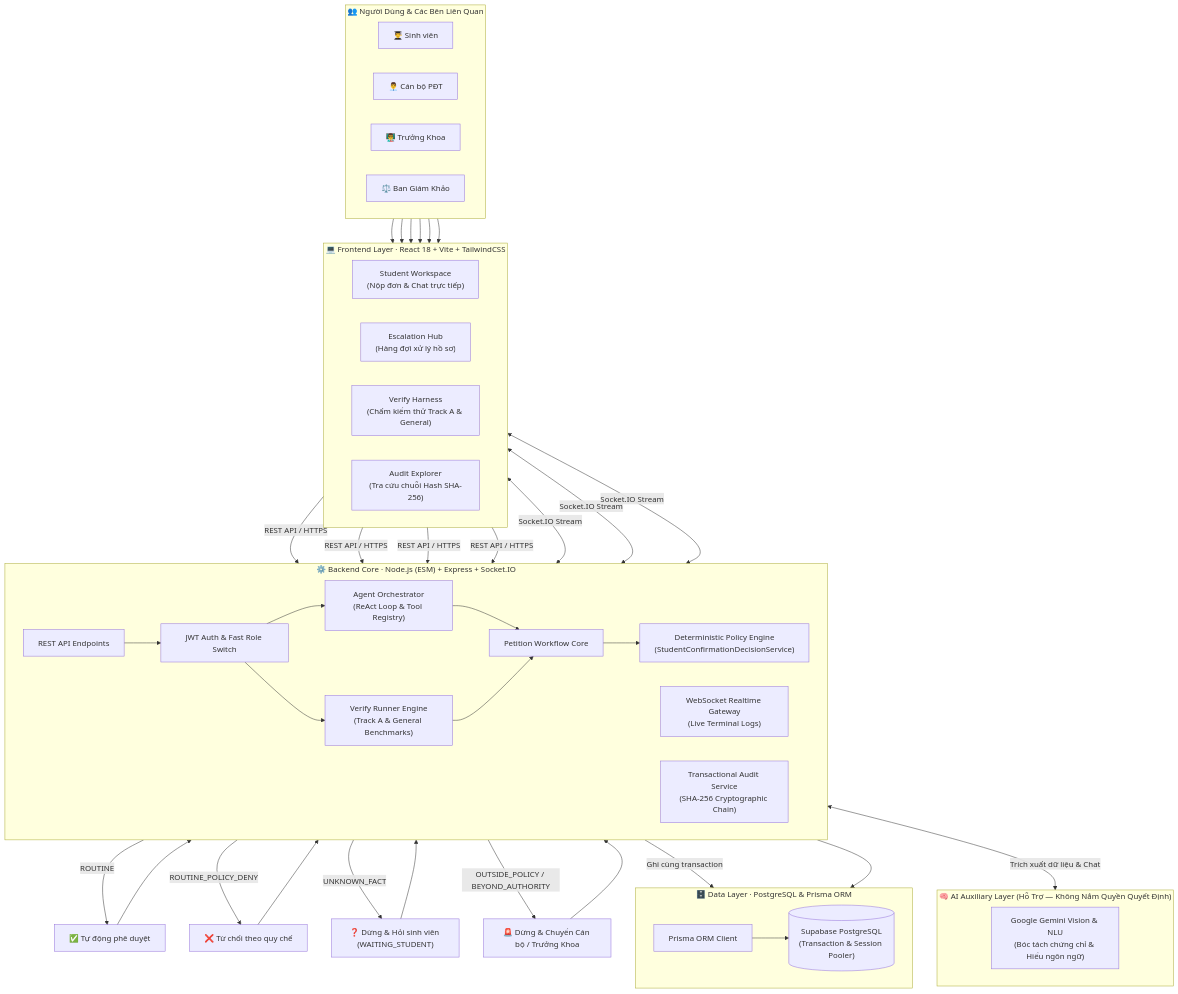
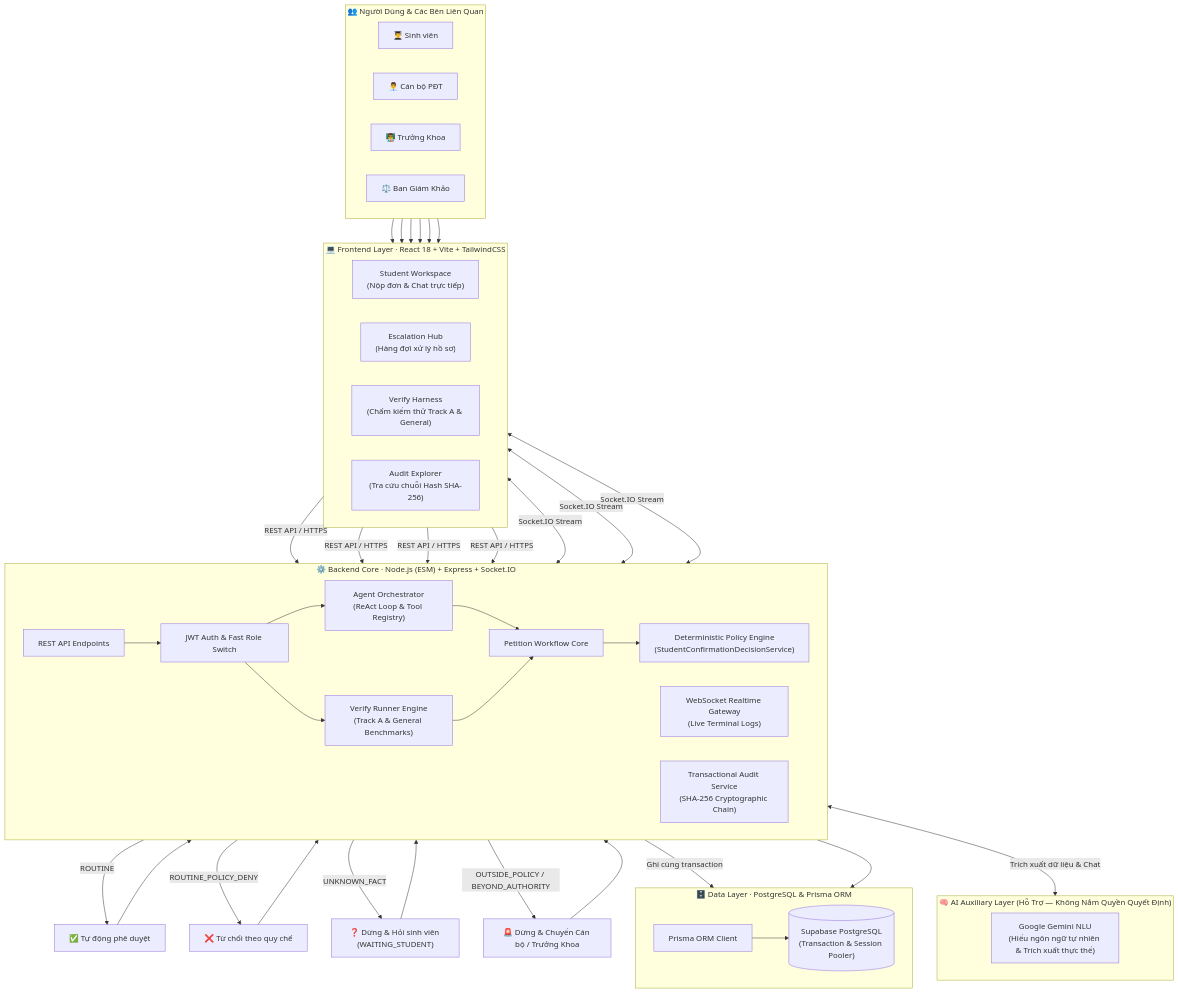
One commit to HuuNhan-147/EduRef_AI_Agent changed the second of 3 diagrams in README.md. Above: the diagram before and after it, drawn with Mermaid. The commit also changed other lines of this file and 43 other files, not shown here.

````diff
--- a/README.md
+++ b/README.md
@@ -99,79 +100,79 @@
 ```mermaid
 flowchart TB
     subgraph ACTORS["👥 Người Dùng & Các Bên Liên Quan"]
         direction LR
         STUDENT["👨‍🎓 Sinh viên"]
         STAFF["👨‍💼 Cán bộ PĐT"]
         DEAN["👨‍🏫 Trưởng Khoa"]
         JUDGE["⚖️ Ban Giám Khảo"]
     end
 
     subgraph FRONTEND["💻 Frontend Layer · React 18 + Vite + TailwindCSS"]
         direction LR
         PORTAL["Student Workspace<br/>(Nộp đơn & Chat trực tiếp)"]
         HUB["Escalation Hub<br/>(Hàng đợi xử lý hồ sơ)"]
         VERIFY_UI["Verify Harness<br/>(Chấm kiểm thử Track A & General)"]
         AUDIT_UI["Audit Explorer<br/>(Tra cứu chuỗi Hash SHA-256)"]
     end
 
     subgraph BACKEND["⚙️ Backend Core · Node.js (ESM) + Express + Socket.IO"]
         direction LR
         AUTH["JWT Auth & Fast Role Switch"]
         API["REST API Endpoints"]
         REALTIME["WebSocket Realtime Gateway<br/>(Live Terminal Logs)"]
         AGENT["Agent Orchestrator<br/>(ReAct Loop & Tool Registry)"]
         VERIFY["Verify Runner Engine<br/>(Track A & General Benchmarks)"]
         WORKFLOW["Petition Workflow Core"]
         POLICY["Deterministic Policy Engine<br/>(StudentConfirmationDecisionService)"]
         AUDIT["Transactional Audit Service<br/>(SHA-256 Cryptographic Chain)"]
     end
 
     subgraph AI["🧠 AI Auxiliary Layer (Hỗ Trợ — Không Nắm Quyền Quyết Định)"]
         direction LR
-        GEMINI["Google Gemini Vision & NLU<br/>(Bóc tách chứng chỉ & Hiểu ngôn ngữ)"]
+        GEMINI["Google Gemini NLU<br/>(Hiểu ngôn ngữ tự nhiên & Trích xuất thực thể)"]
     end
 
     subgraph DATA["🗄️ Data Layer · PostgreSQL & Prisma ORM"]
         direction LR
         PRISMA["Prisma ORM Client"]
         SUPABASE[("Supabase PostgreSQL<br/>(Transaction & Session Pooler)")]
     end
 
     STUDENT --> PORTAL
     STAFF --> HUB
     DEAN --> HUB
     JUDGE --> VERIFY_UI
     STAFF --> AUDIT_UI
     JUDGE --> AUDIT_UI
 
     PORTAL -->|"REST API / HTTPS"| API
     HUB -->|"REST API / HTTPS"| API
     VERIFY_UI -->|"REST API / HTTPS"| API
     AUDIT_UI -->|"REST API / HTTPS"| API
 
     PORTAL <-->|"Socket.IO Stream"| REALTIME
     HUB <-->|"Socket.IO Stream"| REALTIME
     VERIFY_UI <-->|"Socket.IO Stream"| REALTIME
 
     API --> AUTH
     AUTH --> AGENT
     AUTH --> VERIFY
     AGENT <-->|"Trích xuất dữ liệu & Chat"| GEMINI
     AGENT --> WORKFLOW
     VERIFY --> WORKFLOW
     WORKFLOW --> POLICY
 
     POLICY -->|"ROUTINE"| AUTO["✅ Tự động phê duyệt"]
     POLICY -->|"ROUTINE_POLICY_DENY"| DENY["❌ Từ chối theo quy chế"]
     POLICY -->|"UNKNOWN_FACT"| CLARIFY["❓ Dừng & Hỏi sinh viên (WAITING_STUDENT)"]
     POLICY -->|"OUTSIDE_POLICY / BEYOND_AUTHORITY"| ESCALATE["🚨 Dừng & Chuyển Cán bộ / Trưởng Khoa"]
 
     AUTO --> AUDIT
     DENY --> AUDIT
     CLARIFY --> AUDIT
     ESCALATE --> AUDIT
 
     AUDIT -->|"Ghi cùng transaction"| PRISMA
     WORKFLOW --> PRISMA
     PRISMA --> SUPABASE
 ```
````
